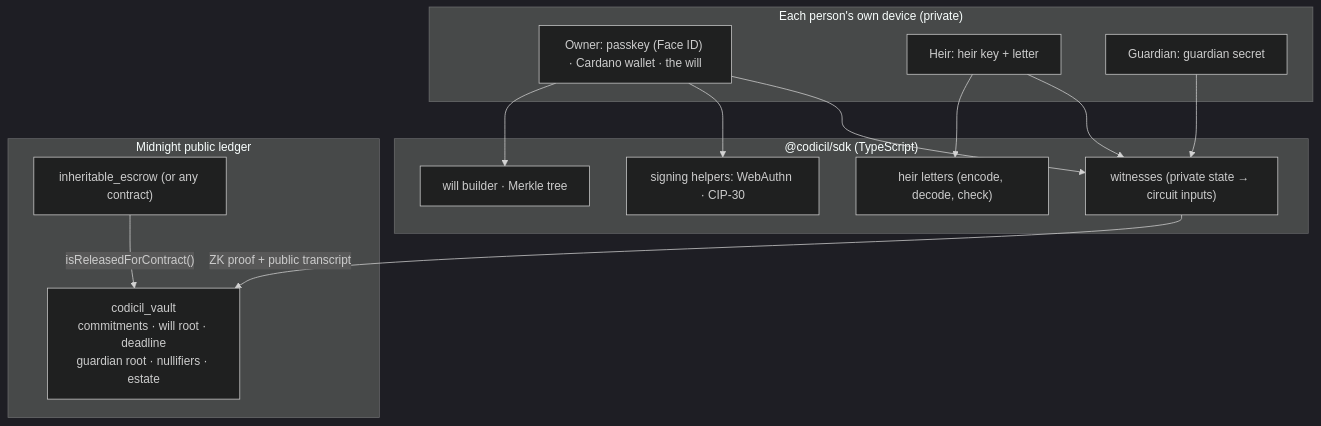
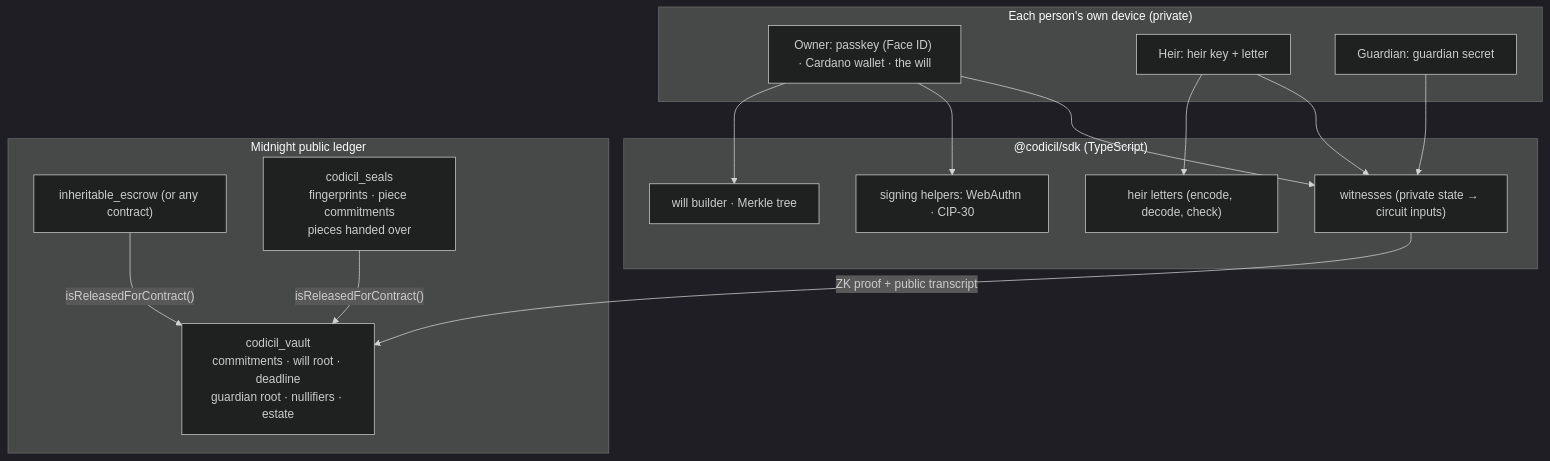
One commit to Evangel90/Codicil changed the first of 4 diagrams in docs/ARCHITECTURE.md. Above: the diagram before and after it, drawn with Mermaid (dark theme). The commit also changed other lines of this file and 9 other files, not shown here.

````diff
--- a/docs/ARCHITECTURE.md
+++ b/docs/ARCHITECTURE.md
@@ -8,23 +8,25 @@
 ```mermaid
 flowchart TB
     subgraph Devices["Each person's own device (private)"]
       O["Owner: passkey (Face ID) · Cardano wallet · the will"]
       H["Heir: heir key + letter"]
       G["Guardian: guardian secret"]
     end
     subgraph SDK["@codicil/sdk (TypeScript)"]
       WB["will builder · Merkle tree"]
       WI["witnesses (private state → circuit inputs)"]
       SG["signing helpers: WebAuthn · CIP-30"]
       LT["heir letters (encode, decode, check)"]
     end
     subgraph Chain["Midnight public ledger"]
       V["codicil_vault<br/>commitments · will root · deadline<br/>guardian root · nullifiers · estate"]
       E["inheritable_escrow (or any contract)"]
+      R["codicil_seals<br/>fingerprints · piece commitments<br/>pieces handed over"]
     end
     O --> WB & SG
     H --> LT
     O & H & G --> WI
     WI -- "ZK proof + public transcript" --> V
     E -- "isReleasedForContract()" --> V
+    R -- "isReleasedForContract()" --> V
 ```
````
